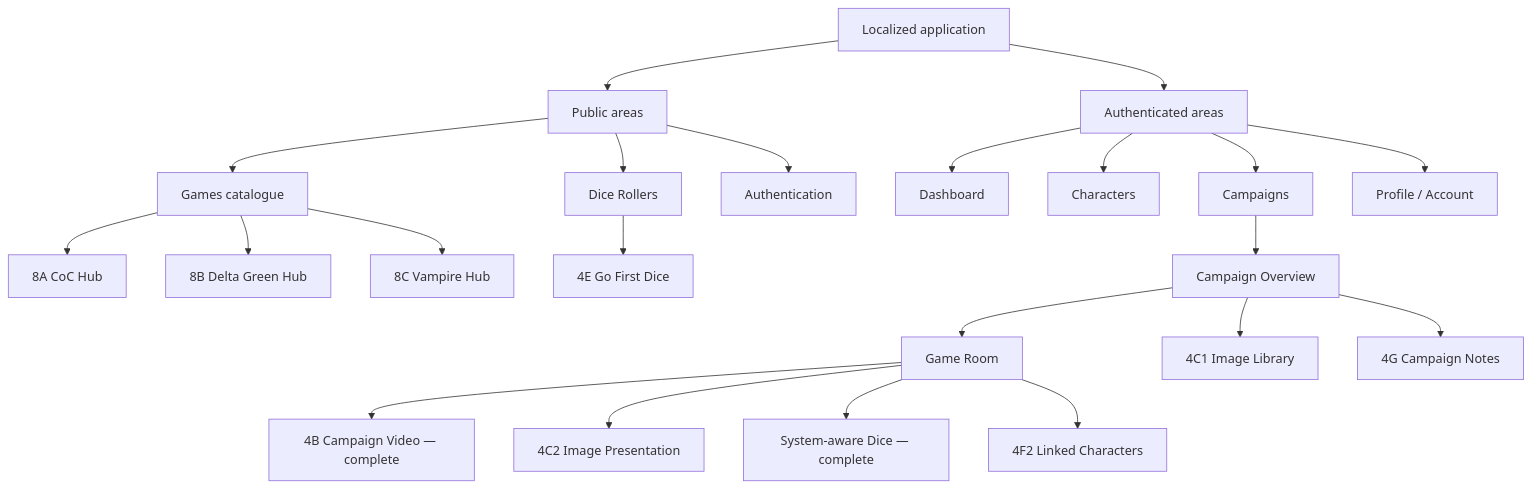
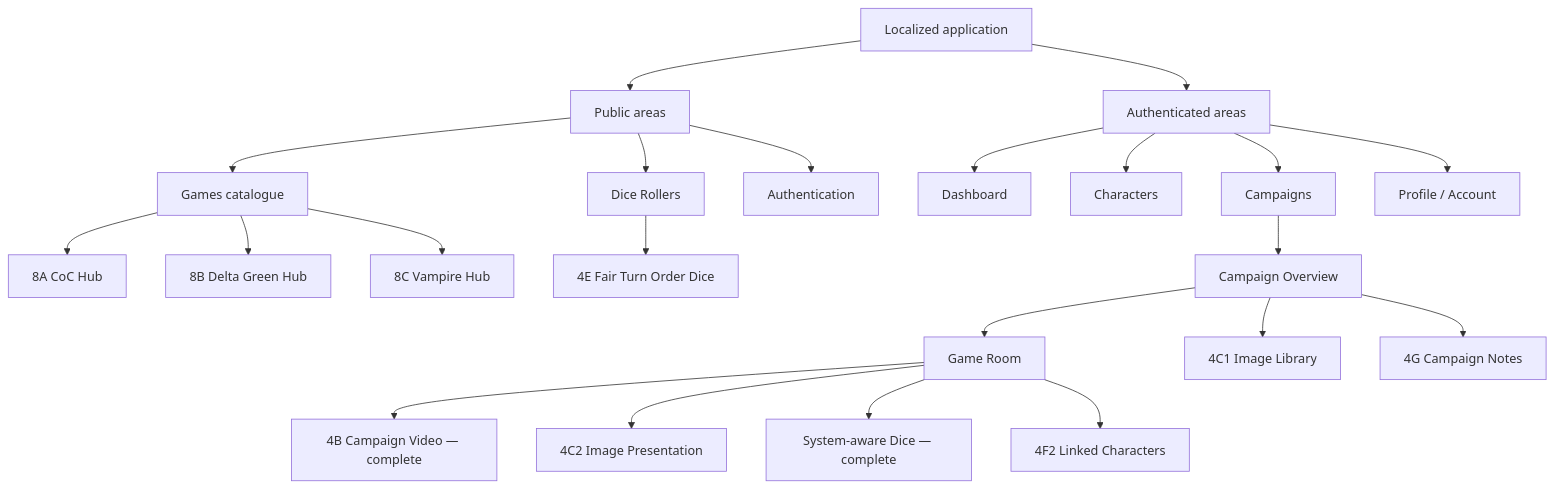
Before and after one commit to Andrey-0101/ttrpg-website: the diagram in docs/product/SITE_MAP_TARGET.md, drawn with Mermaid. The commit also changed 10 other files, not shown here.

````diff
--- a/docs/product/SITE_MAP_TARGET.md
+++ b/docs/product/SITE_MAP_TARGET.md
@@ -17,24 +17,24 @@
 ```mermaid
 flowchart TD
     ROOT["Localized application"] --> PUBLIC["Public areas"]
     ROOT --> PRIVATE["Authenticated areas"]
     PUBLIC --> GAMES["Games catalogue"]
     PUBLIC --> DICE["Dice Rollers"]
-    DICE --> GO_FIRST_DICE["4E Go First Dice"]
+    DICE --> GO_FIRST_DICE["4E Fair Turn Order Dice"]
     PUBLIC --> AUTH["Authentication"]
     PRIVATE --> DASHBOARD["Dashboard"]
     PRIVATE --> CHARACTERS["Characters"]
     PRIVATE --> CAMPAIGNS["Campaigns"]
     PRIVATE --> ACCOUNT["Profile / Account"]
     CAMPAIGNS --> CAMPAIGN["Campaign Overview"]
     CAMPAIGN --> GAME_ROOM["Game Room"]
     CAMPAIGN --> IMAGE_LIBRARY["4C1 Image Library"]
     GAME_ROOM --> VIDEO["4B Campaign Video — complete"]
     GAME_ROOM --> IMAGE_DISPLAY["4C2 Image Presentation"]
     GAME_ROOM --> SYSTEM_DICE["System-aware Dice — complete"]
     GAME_ROOM --> LINKED_CHARACTERS["4F2 Linked Characters"]
     CAMPAIGN --> NOTES["4G Campaign Notes"]
     GAMES --> COC_HUB["8A CoC Hub"]
     GAMES --> DG_HUB["8B Delta Green Hub"]
     GAMES --> VAMPIRE_HUB["8C Vampire Hub"]
 ```
````
